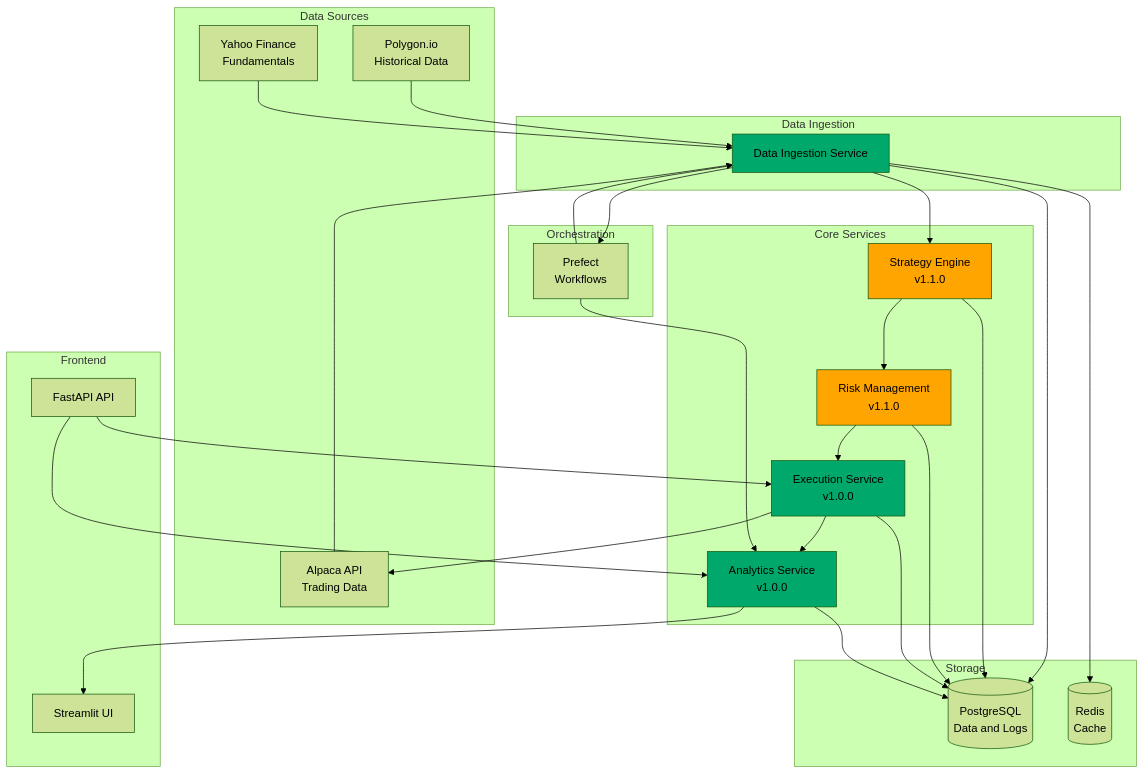
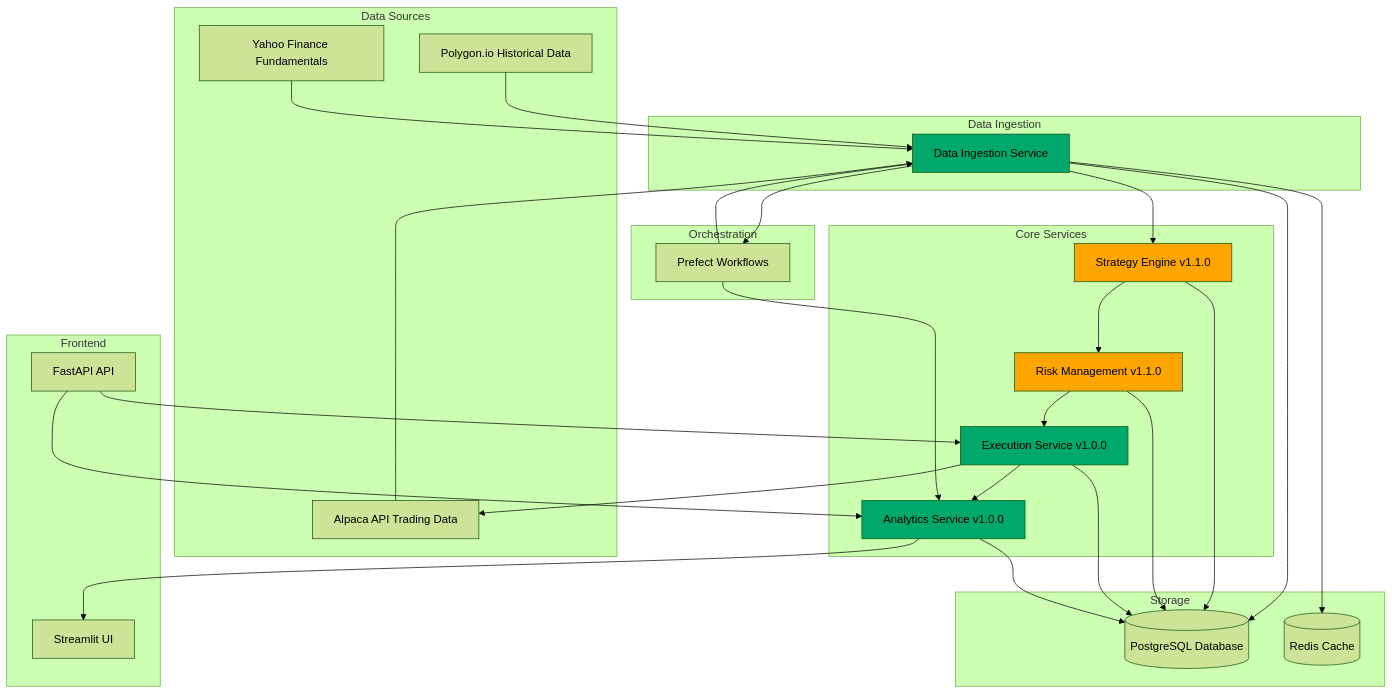
The diagram in docs/index.md (nishantnayar/Trading-System), drawn with Mermaid (forest theme) before and after one commit.

````diff
--- a/docs/index.md
+++ b/docs/index.md
@@ -81,65 +81,65 @@
 ```mermaid
 graph TB
     subgraph "Data Sources"
-        Polygon[Polygon.io<br/>Historical Data]
-        Yahoo[Yahoo Finance<br/>Fundamentals]
-        AlpacaExt[Alpaca API<br/>Trading Data]
+        Polygon[Polygon.io Historical Data]
+        Yahoo[Yahoo Finance Fundamentals]
+        AlpacaExt[Alpaca API Trading Data]
     end
     
     subgraph "Data Ingestion"
         DataIngestion[Data Ingestion Service]
     end
     
     subgraph "Core Services"
-        Strategy[Strategy Engine<br/>v1.1.0]
-        Risk[Risk Management<br/>v1.1.0]
-        Execution[Execution Service<br/>v1.0.0]
-        Analytics[Analytics Service<br/>v1.0.0]
+        Strategy[Strategy Engine v1.1.0]
+        Risk[Risk Management v1.1.0]
+        Execution[Execution Service v1.0.0]
+        Analytics[Analytics Service v1.0.0]
     end
     
     subgraph "Storage"
-        PostgreSQL[(PostgreSQL<br/>Data and Logs)]
-        Redis[(Redis<br/>Cache)]
+        PostgreSQL[(PostgreSQL Database)]
+        Redis[(Redis Cache)]
     end
     
     subgraph "Orchestration"
-        Prefect[Prefect<br/>Workflows]
+        Prefect[Prefect Workflows]
     end
     
     subgraph "Frontend"
         Streamlit[Streamlit UI]
         FastAPI[FastAPI API]
     end
     
     Polygon --> DataIngestion
     Yahoo --> DataIngestion
     AlpacaExt --> DataIngestion
     
     DataIngestion --> PostgreSQL
     DataIngestion --> Redis
     DataIngestion --> Prefect
     
     DataIngestion --> Strategy
     Strategy --> Risk
     Risk --> Execution
     Execution --> Analytics
     
     Strategy --> PostgreSQL
     Risk --> PostgreSQL
     Execution --> PostgreSQL
     Analytics --> PostgreSQL
     
     Execution --> AlpacaExt
     Analytics --> Streamlit
     FastAPI --> Execution
     FastAPI --> Analytics
     
     Prefect --> DataIngestion
     Prefect --> Analytics
     
     style DataIngestion fill:#00A86B
     style Execution fill:#00A86B
     style Analytics fill:#00A86B
     style Strategy fill:#FFA500
     style Risk fill:#FFA500
 ```
````
